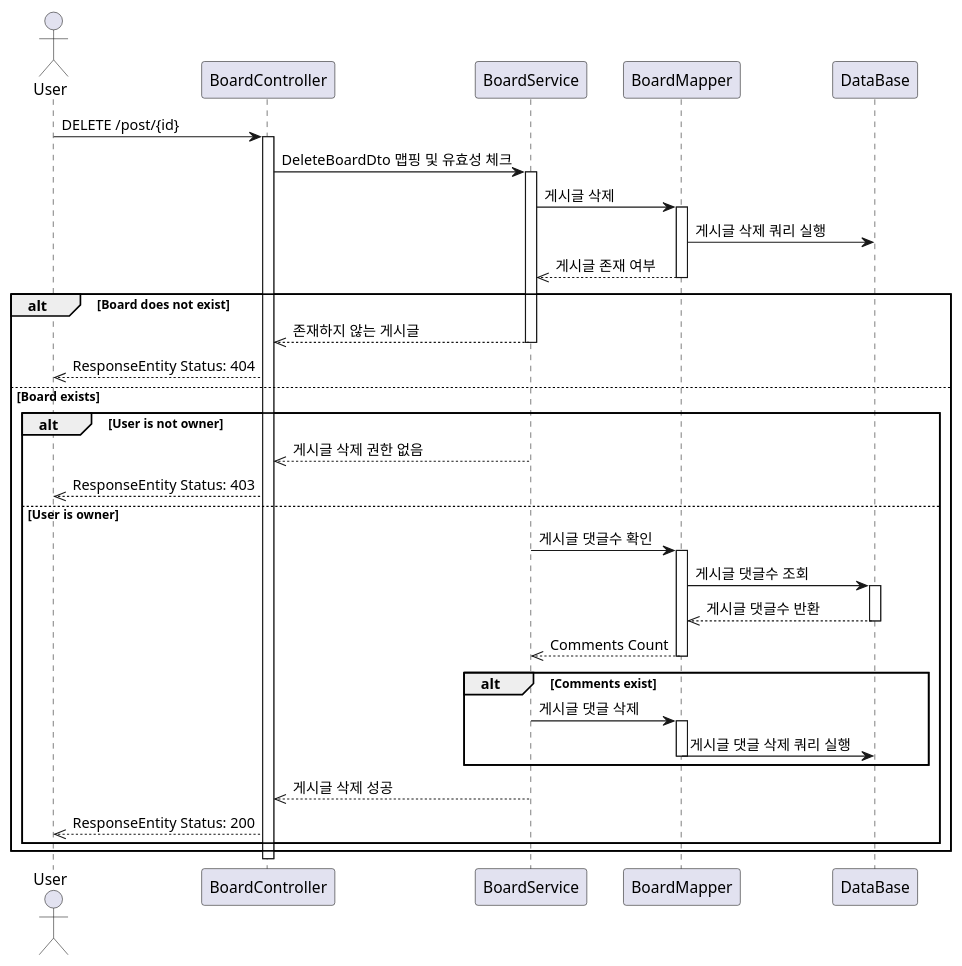
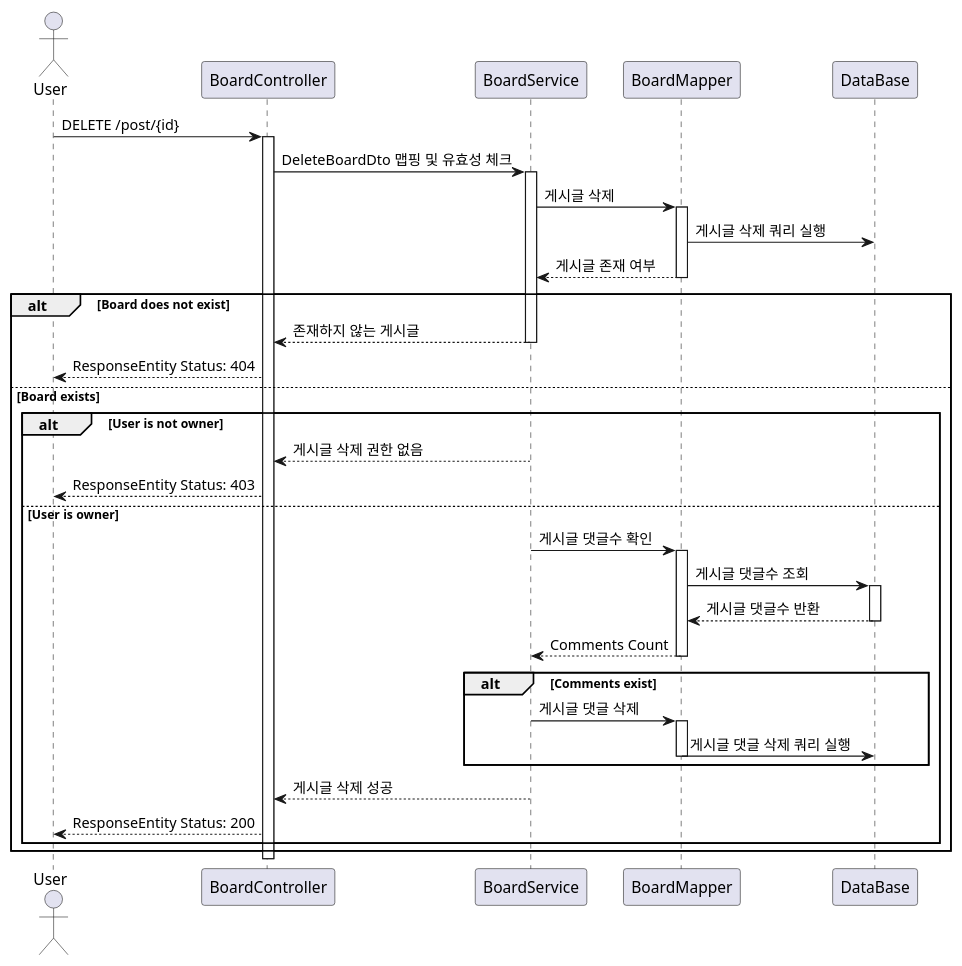
Before and after one commit to HyunSense/Rest_board: the diagram in Sequence_diagram/deleteBoardSequence.puml, drawn with PlantUML. The commit also changed 5 other files, not shown here.

Commit message:
Sequence diagram 수정

```diff
--- a/Sequence_diagram/deleteBoardSequence.puml
+++ b/Sequence_diagram/deleteBoardSequence.puml
@@ -1,51 +1,51 @@
 @startuml
 actor User
 
 User -> BoardController: DELETE /post/{id}
 activate BoardController
 
 BoardController -> BoardService: DeleteBoardDto 맵핑 및 유효성 체크
 activate BoardService
 
 BoardService -> BoardMapper: 게시글 삭제
 activate BoardMapper
 
 BoardMapper -> DataBase: 게시글 삭제 쿼리 실행
 
-BoardMapper -->> BoardService: 게시글 존재 여부
+BoardMapper --> BoardService: 게시글 존재 여부
 deactivate BoardMapper
 
 alt Board does not exist
-    BoardService -->> BoardController: 존재하지 않는 게시글
+    BoardService --> BoardController: 존재하지 않는 게시글
     deactivate BoardService
-    BoardController -->> User: ResponseEntity Status: 404
+    BoardController --> User: ResponseEntity Status: 404
 
 else Board exists
     alt User is not owner
-        BoardService -->> BoardController: 게시글 삭제 권한 없음
-        BoardController -->> User: ResponseEntity Status: 403
+        BoardService --> BoardController: 게시글 삭제 권한 없음
+        BoardController --> User: ResponseEntity Status: 403
     else User is owner
         BoardService -> BoardMapper: 게시글 댓글수 확인
         activate BoardMapper
         BoardMapper -> DataBase: 게시글 댓글수 조회
         activate DataBase
 
-        DataBase -->> BoardMapper: 게시글 댓글수 반환
+        DataBase --> BoardMapper: 게시글 댓글수 반환
         deactivate DataBase
-        BoardMapper -->> BoardService: Comments Count
+        BoardMapper --> BoardService: Comments Count
         deactivate BoardMapper
 
         alt Comments exist
             BoardService -> BoardMapper: 게시글 댓글 삭제
             activate BoardMapper
             BoardMapper -> DataBase: 게시글 댓글 삭제 쿼리 실행
             deactivate BoardMapper
         end
 
-        BoardService -->> BoardController: 게시글 삭제 성공
-        BoardController -->> User: ResponseEntity Status: 200
+        BoardService --> BoardController: 게시글 삭제 성공
+        BoardController --> User: ResponseEntity Status: 200
     end
 end
 deactivate BoardController
 
 @enduml
```
